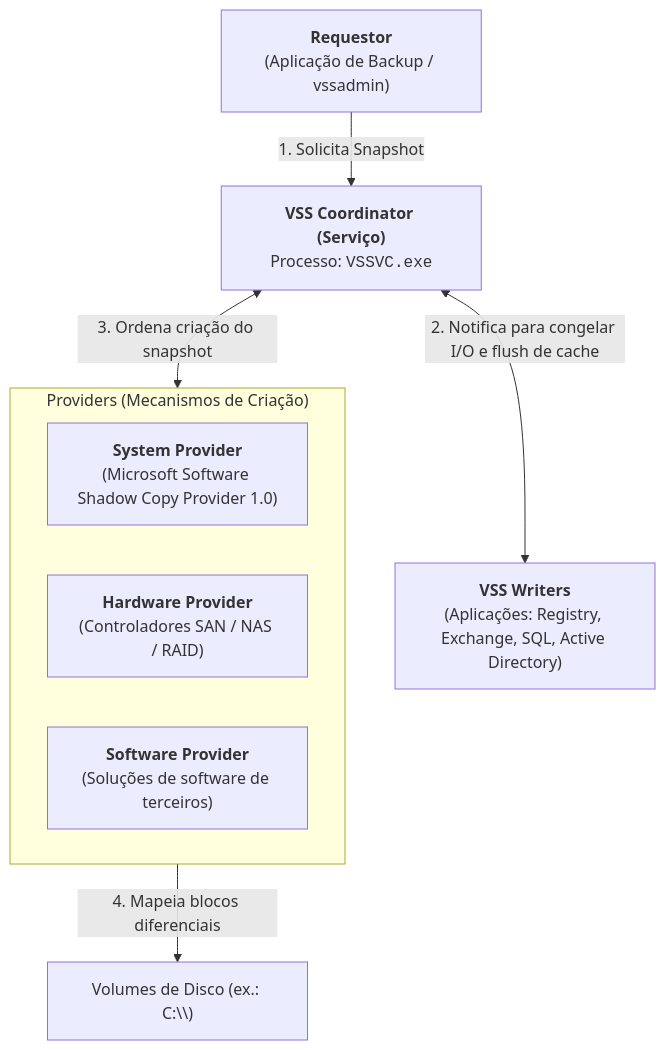
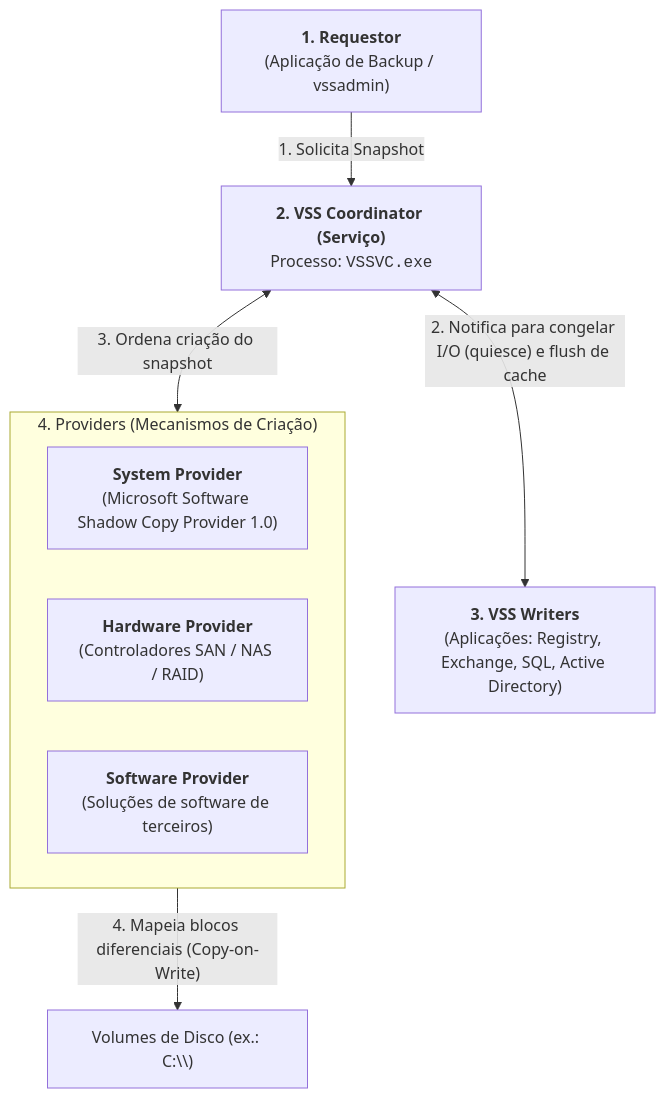
Before and after one commit to IanR0sal3s/MCIF-Vault: the diagram in ASSI/Capítulo 01 - Sistemas Operativos, Serviços e Artefactos/09 - VSS e Linha do Tempo Live/Volume Shadow Service (VSS) - Arquitetura e Funcionamento.md, drawn with Mermaid. The commit also changed other lines of this file and 140 other files, not shown here.

````diff
--- a/ASSI/Capítulo 01 - Sistemas Operativos, Serviços e Artefactos/09 - VSS e Linha do Tempo Live/Volume Shadow Service (VSS) - Arquitetura e Funcionamento.md
+++ b/ASSI/Capítulo 01 - Sistemas Operativos, Serviços e Artefactos/09 - VSS e Linha do Tempo Live/Volume Shadow Service (VSS) - Arquitetura e Funcionamento.md
@@ -54,19 +60,19 @@
 ```mermaid
 flowchart TD
-    Req["<b>Requestor</b><br/>(Aplicação de Backup / vssadmin)"]
-    Coord["<b>VSS Coordinator (Serviço)</b><br/>Processo: <code>VSSVC.exe</code>"]
-    Writers["<b>VSS Writers</b><br/>(Aplicações: Registry, Exchange, SQL, Active Directory)"]
+    Req["<b>1. Requestor</b><br/>(Aplicação de Backup / vssadmin)"]
+    Coord["<b>2. VSS Coordinator (Serviço)</b><br/>Processo: <code>VSSVC.exe</code>"]
+    Writers["<b>3. VSS Writers</b><br/>(Aplicações: Registry, Exchange, SQL, Active Directory)"]
     
-    subgraph Providers["Providers (Mecanismos de Criação)"]
+    subgraph Providers["4. Providers (Mecanismos de Criação)"]
         SP["<b>System Provider</b><br/>(Microsoft Software Shadow Copy Provider 1.0)"]
         HP["<b>Hardware Provider</b><br/>(Controladores SAN / NAS / RAID)"]
         SWP["<b>Software Provider</b><br/>(Soluções de software de terceiros)"]
     end
 
     Vol["Volumes de Disco (ex.: C:\\)"]
 
     Req -->|"1. Solicita Snapshot"| Coord
-    Coord <-->|"2. Notifica para congelar I/O e flush de cache"| Writers
+    Coord <-->|"2. Notifica para congelar I/O (quiesce) e flush de cache"| Writers
     Coord <-->|"3. Ordena criação do snapshot"| Providers
-    Providers -->|"4. Mapeia blocos diferenciais"| Vol
+    Providers -->|"4. Mapeia blocos diferenciais (Copy-on-Write)"| Vol
 ```
````
